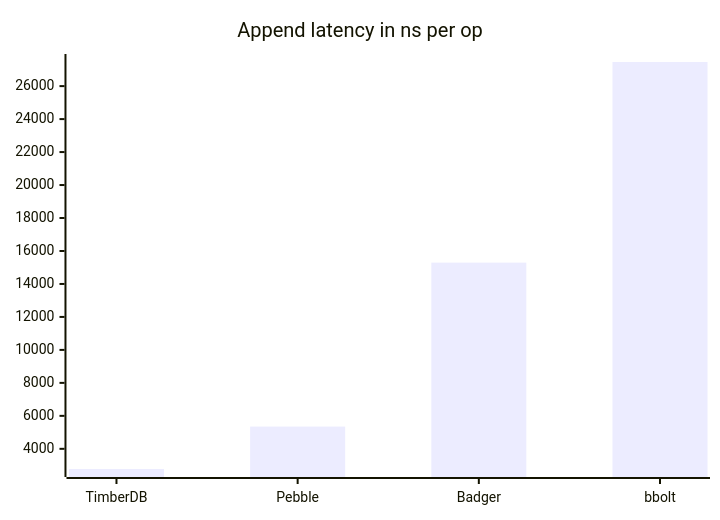
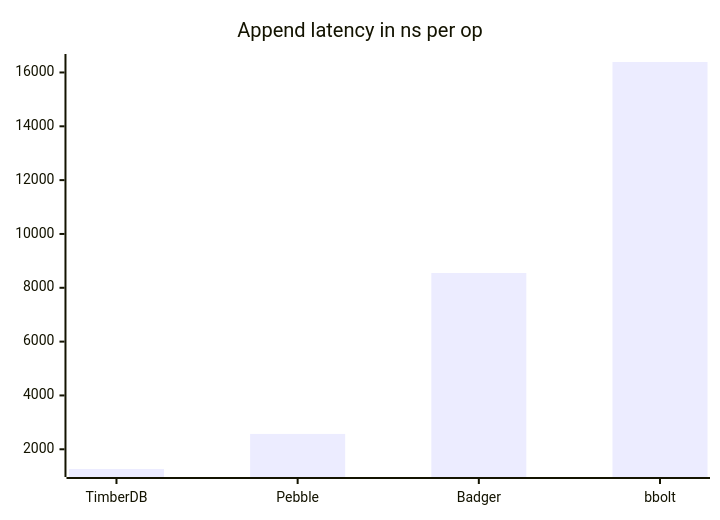
Before and after one commit to ngaddam369/timberdb: the second of 3 diagrams in README.md, drawn with Mermaid. The commit also changed other lines of this file and 9 other files, not shown here.

````diff
--- a/README.md
+++ b/README.md
@@ -60,6 +60,6 @@
 ```mermaid
 xychart-beta
     title "Append latency in ns per op"
     x-axis [TimberDB, Pebble, Badger, bbolt]
-    bar [2776, 5350, 15294, 27463]
+    bar [1267, 2570, 8550, 16389]
 ```
````
